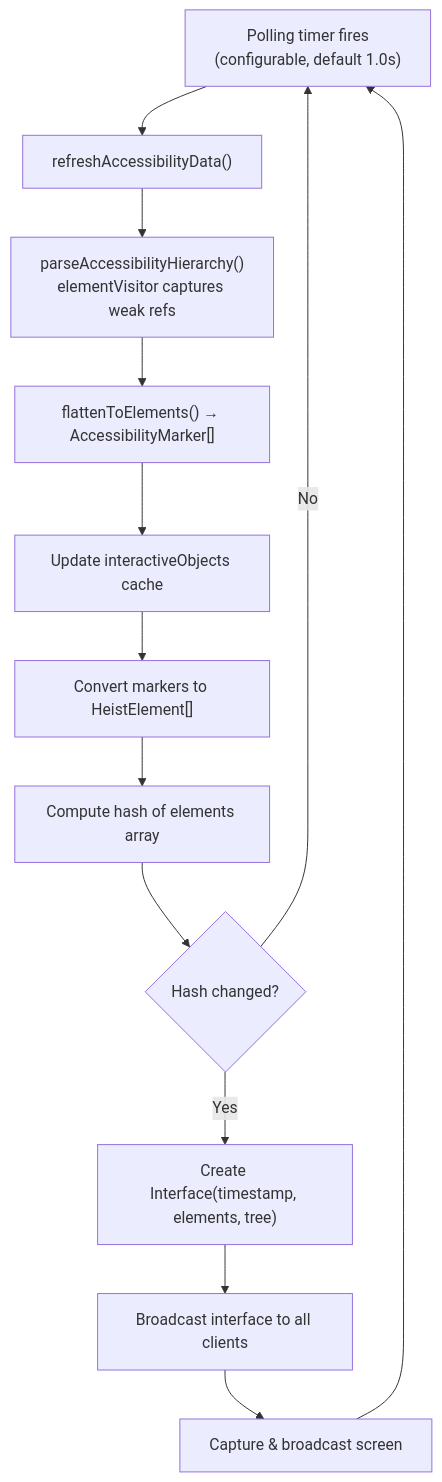
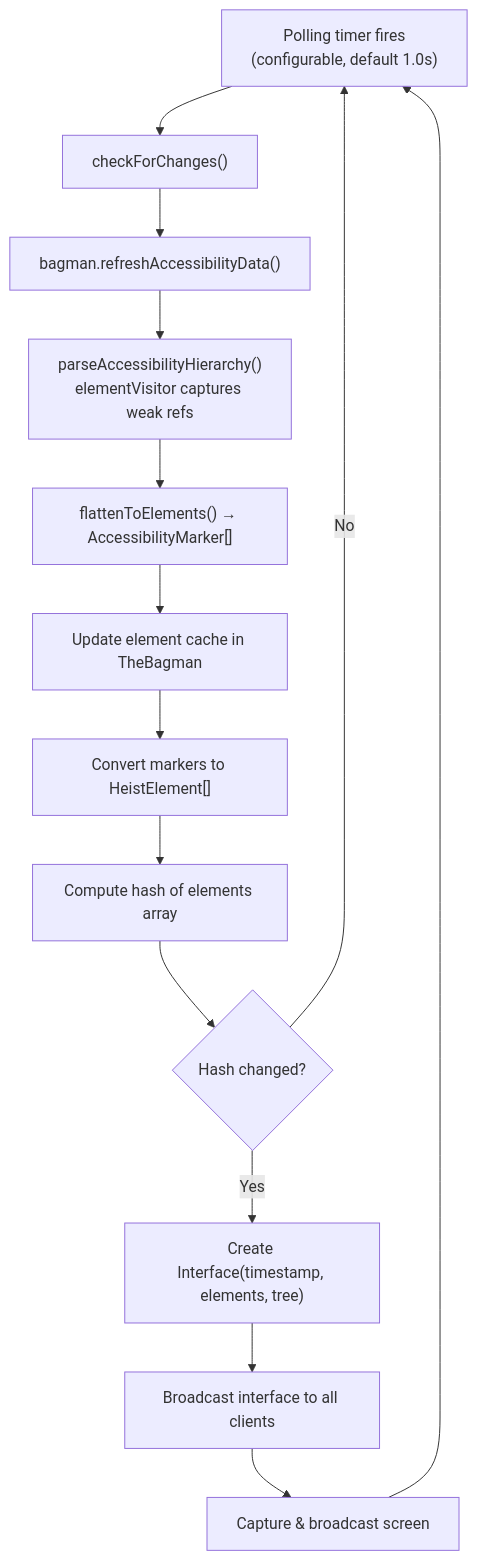
One commit to RoyalPineapple/TheButtonHeist changed the fifth of 7 diagrams in docs/ARCHITECTURE.md. Above: the diagram before and after it, drawn with Mermaid. The commit also changed other lines of this file and 15 other files, not shown here.

````diff
--- a/docs/ARCHITECTURE.md
+++ b/docs/ARCHITECTURE.md
@@ -445,15 +443,16 @@
 ```mermaid
 flowchart TD
-    A["Polling timer fires<br>(configurable, default 1.0s)"] --> B["refreshAccessibilityData()"]
-    B --> C["parseAccessibilityHierarchy()<br>elementVisitor captures weak refs"]
+    A["Polling timer fires<br>(configurable, default 1.0s)"] --> B["checkForChanges()"]
+    B --> B2["bagman.refreshAccessibilityData()"]
+    B2 --> C["parseAccessibilityHierarchy()<br>elementVisitor captures weak refs"]
     C --> D["flattenToElements() → AccessibilityMarker[]"]
-    D --> E["Update interactiveObjects cache"]
+    D --> E["Update element cache in TheBagman"]
     E --> F["Convert markers to HeistElement[]"]
     F --> G["Compute hash of elements array"]
     G --> H{"Hash changed?"}
     H -->|No| A
     H -->|Yes| I["Create Interface(timestamp, elements, tree)"]
     I --> J["Broadcast interface to all clients"]
     J --> K["Capture & broadcast screen"]
     K --> A
 ```
````
